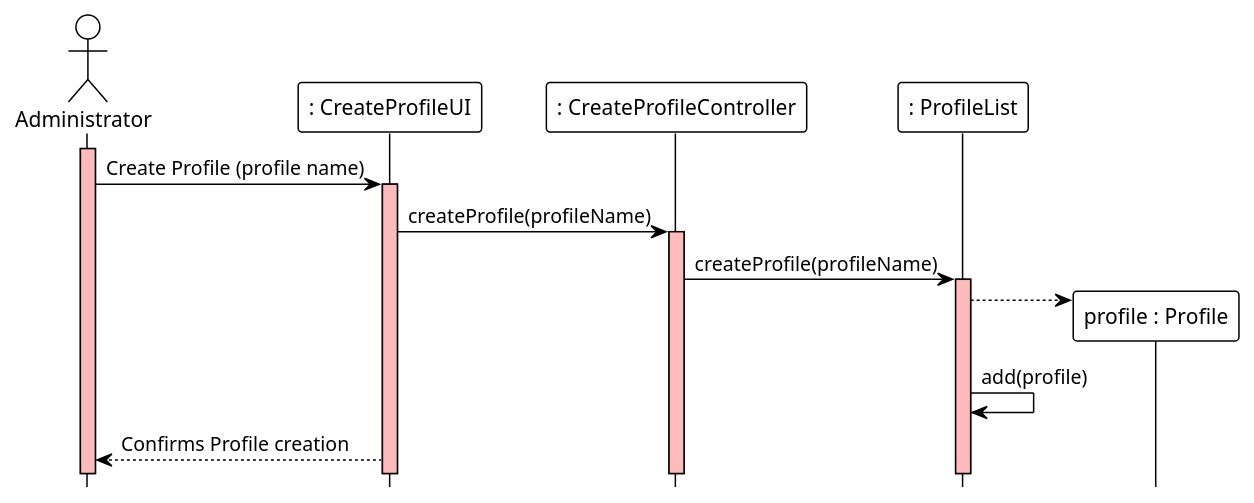
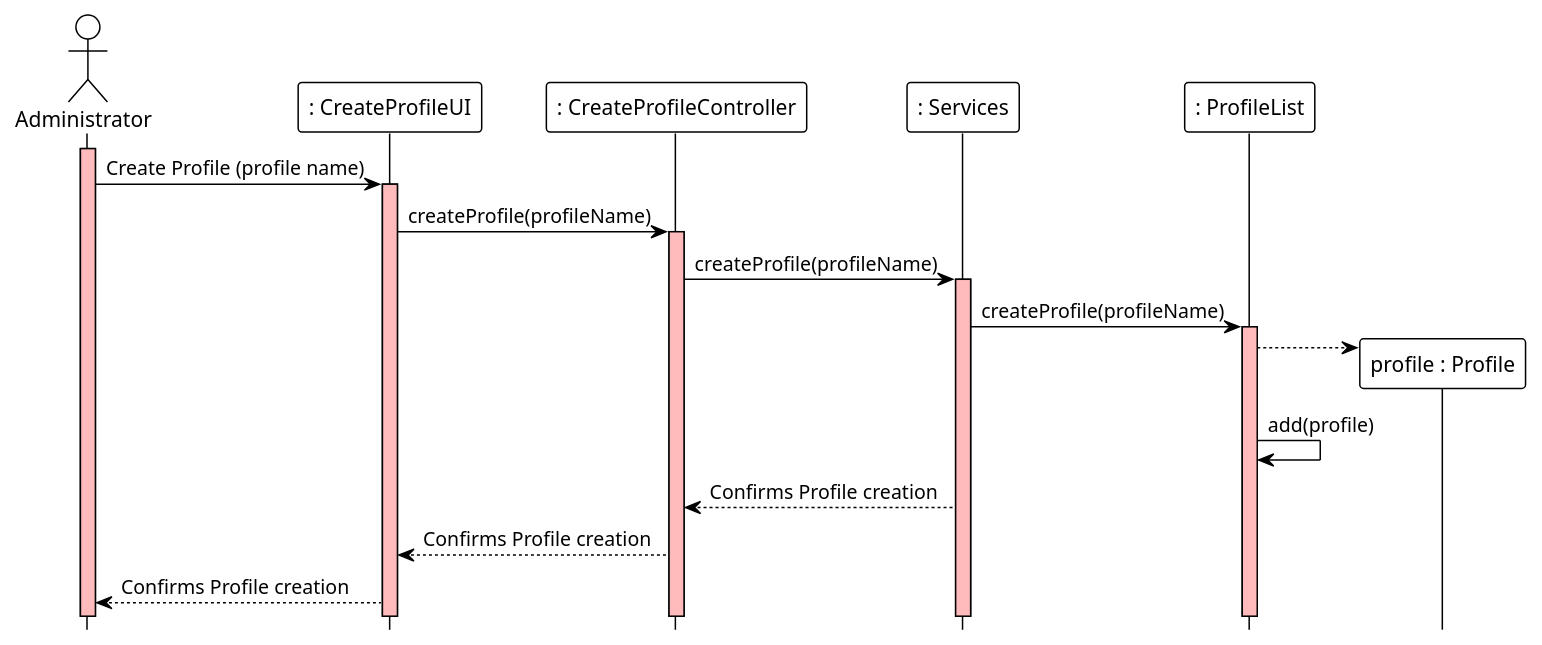
Before and after one commit to ivo-menezes/project_g3: the diagram in docs/modelling_design/user_stories/us001/US001_CreateProfileSD.puml, drawn with PlantUML.

Commit message:
US002: Design: Update Register User SD

```diff
--- a/docs/modelling_design/user_stories/us001/US001_CreateProfileSD.puml
+++ b/docs/modelling_design/user_stories/us001/US001_CreateProfileSD.puml
@@ -1,23 +1,26 @@
 @startuml
 !theme plain
 hide footbox
 actor Administrator  as Administrator
 participant ": CreateProfileUI" as UI
 participant ": CreateProfileController" as Controller
+participant ": Services" as Services
 participant ": ProfileList" as List
 
 activate Administrator #FFBBBB
 Administrator ->  UI : Create Profile (profile name)
 activate UI #FFBBBB
 UI -> Controller : createProfile(profileName)
 activate Controller #FFBBBB
-Controller -> List : createProfile(profileName)
+Controller -> Services : createProfile(profileName)
+activate Services #FFBBBB
+Services -> List : createProfile(profileName)
 activate List #FFBBBB
-
-'List -> List : profileNameExists(profileName)
 
 List -->"profile : Profile" **
 List -> List : add(profile)
 
+Services --> Controller : Confirms Profile creation
+Controller --> UI : Confirms Profile creation
 UI --> Administrator : Confirms Profile creation
 @enduml
```
